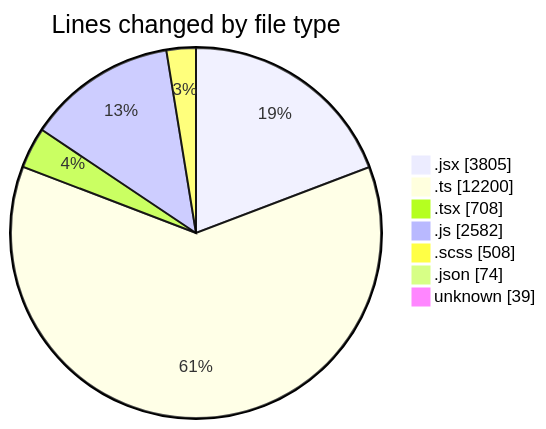
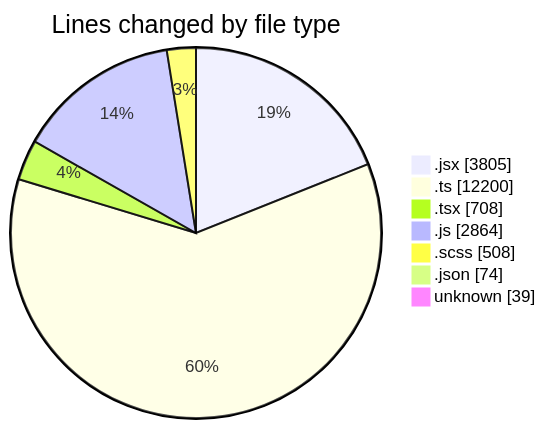
The first of 2 diagrams in 2025-06-05/cda/README.md (momahboobian/code-tracking), drawn with Mermaid before and after one commit. The commit also changed other lines of this file and 1 other file, not shown here.

````diff
--- a/2025-06-05/cda/README.md
+++ b/2025-06-05/cda/README.md
@@ -57,11 +58,11 @@
 ```mermaid
 pie showData
 title Lines changed by file type
 ".jsx" : 3805
 ".ts" : 12200
 ".tsx" : 708
-".js" : 2582
+".js" : 2864
 ".scss" : 508
 ".json" : 74
 "unknown" : 39
 ```
````
